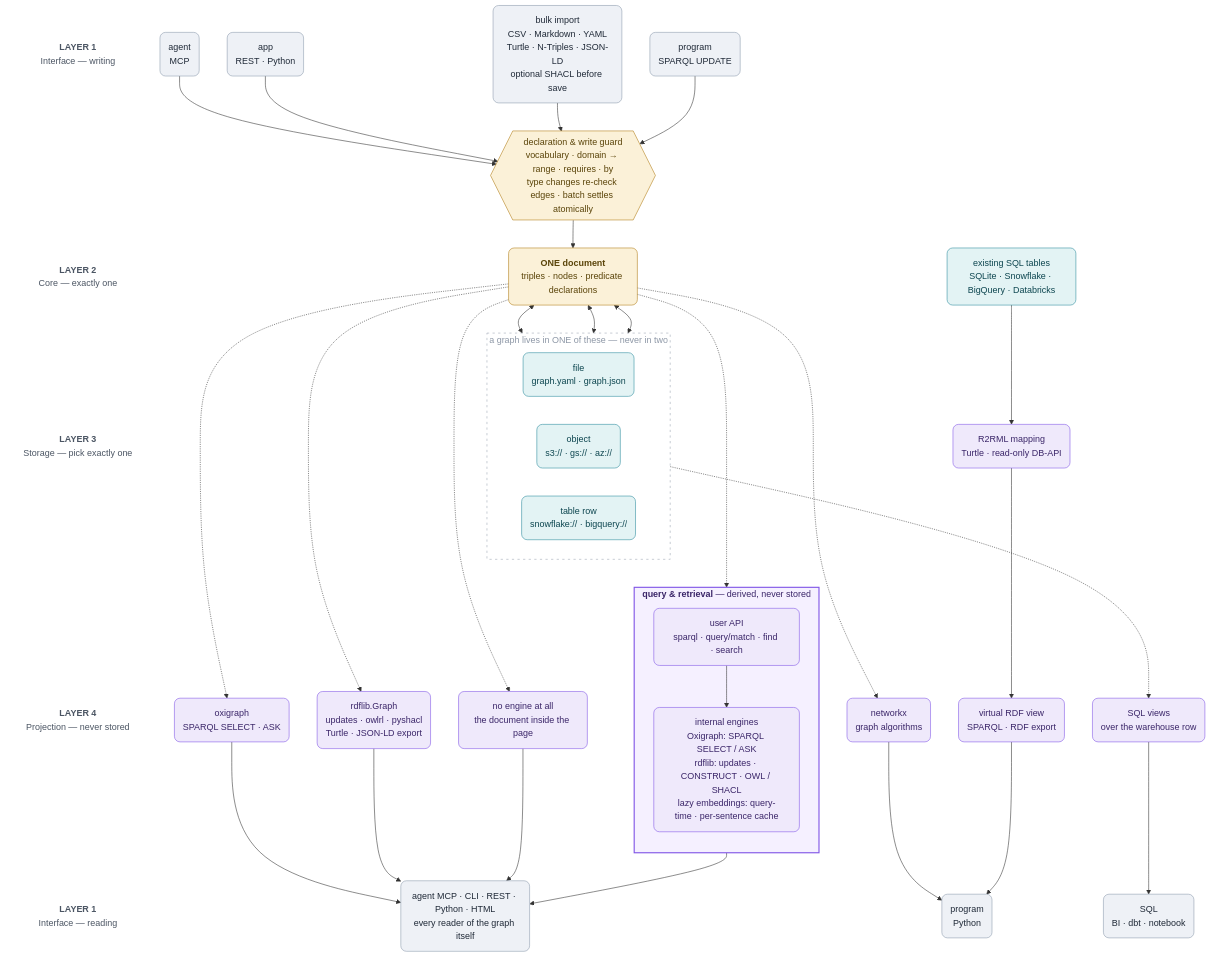
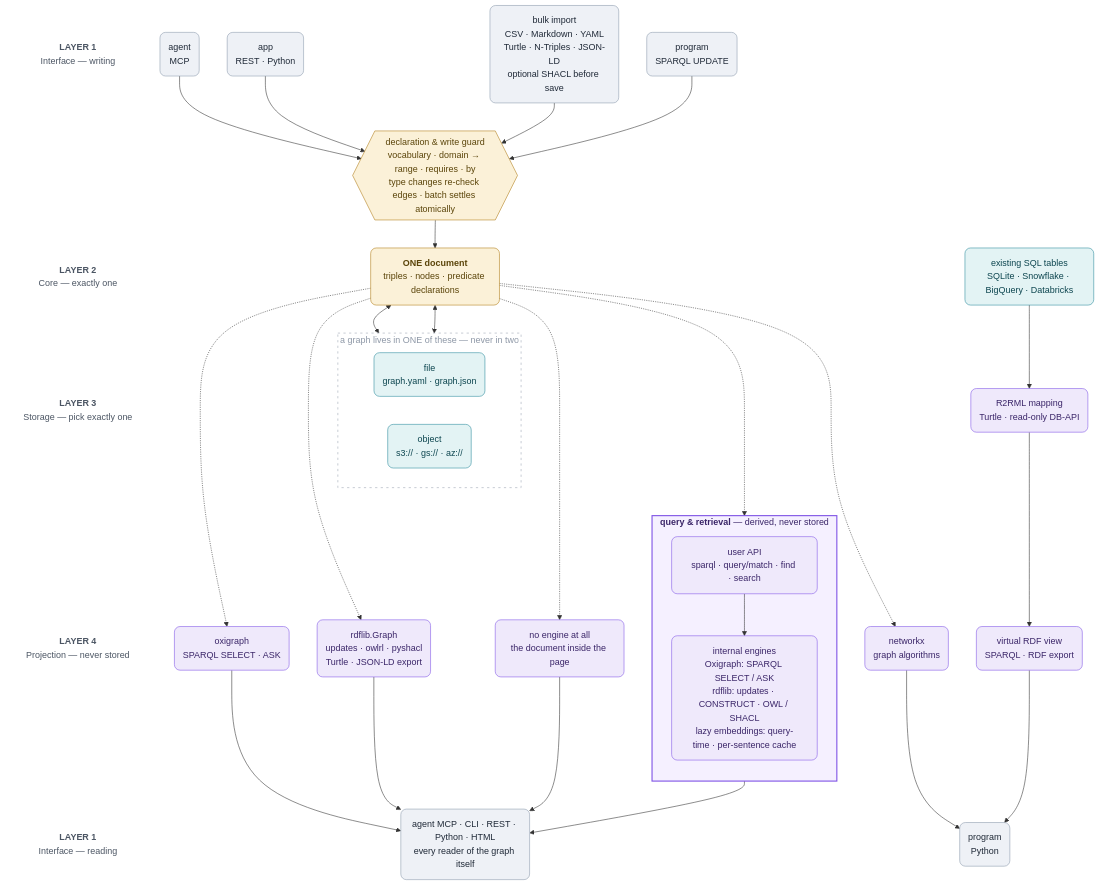
Before and after one commit to RyutoYoda/trikedb: the diagram in docs/ARCHITECTURE.md, drawn with Mermaid. The commit also changed other lines of this file and 53 other files, not shown here.

First line of the commit message:
Remove warehouse graph-document storage (#65)

````diff
--- a/docs/ARCHITECTURE.md
+++ b/docs/ARCHITECTURE.md
@@ -7,79 +7,72 @@
 ```mermaid
 flowchart TB
     LA["<b>LAYER 1</b><br/>Interface — writing"]
     LG[" "]
     LB["<b>LAYER 2</b><br/>Core — exactly one"]
     LC["<b>LAYER 3</b><br/>Storage — pick exactly one"]
     LD["<b>LAYER 4</b><br/>Projection — never stored"]
     LE["<b>LAYER 1</b><br/>Interface — reading"]
     LA ~~~ LG ~~~ LB ~~~ LC ~~~ LD ~~~ LE
 
     WA("agent<br/>MCP")
     WC("app<br/>REST · Python")
     WI("bulk import<br/>CSV · Markdown · YAML<br/>Turtle · N-Triples · JSON-LD<br/>optional SHACL before save")
     WP("program<br/>SPARQL UPDATE")
     G{{"declaration & write guard<br/>vocabulary · domain → range · requires · by<br/>type changes re-check edges · batch settles atomically"}}
     C("<b>ONE document</b><br/>triples · nodes · predicate declarations")
     subgraph pick["a graph lives in ONE of these — never in two"]
         direction LR
         SF("file<br/>graph.yaml · graph.json")
         SO("object<br/>s3:// · gs:// · az://")
-        SW("table row<br/>snowflake:// · bigquery://")
     end
     PO("oxigraph<br/>SPARQL SELECT · ASK")
     PR("rdflib.Graph<br/>updates · owlrl · pyshacl<br/>Turtle · JSON-LD export")
     PN("networkx<br/>graph algorithms")
-    PV("SQL views<br/>over the warehouse row")
     PD("no engine at all<br/>the document inside the page")
     subgraph query["<b>query & retrieval</b> — derived, never stored"]
         direction TB
         QAPI["user API<br/>sparql · query/match · find · search"]
         QENG["internal engines<br/>Oxigraph: SPARQL SELECT / ASK<br/>rdflib: updates · CONSTRUCT · OWL / SHACL<br/>lazy embeddings: query-time · per-sentence cache"]
         QAPI --> QENG
     end
     RQ("agent MCP · CLI · REST · Python · HTML<br/>every reader of the graph itself")
     RG("program<br/>Python")
-    RS("SQL<br/>BI · dbt · notebook")
     RT("existing SQL tables<br/>SQLite · Snowflake · BigQuery · Databricks")
     RM("R2RML mapping<br/>Turtle · read-only DB-API")
     RV("virtual RDF view<br/>SPARQL · RDF export")
 
     WA --> G
     WC --> G
     WI --> G
     WP --> G
     G --> C
     C <--> SF
     C <--> SO
-    C <--> SW
     SF ~~~ PO
     SF ~~~ PR
     SO ~~~ PN
-    SW -.-> PV
-    SW ~~~ PD
     C -.-> PO
     C -.-> PR
     C -.-> PN
     C -.-> PD
     C -.-> QAPI
     QENG --> RQ
     PO --> RQ
     PR --> RQ
     PN --> RG
-    PV --> RS
     PD --> RQ
     RT --> RM --> RV --> RG
 
     style pick fill:none,stroke:#9aa4b3,stroke-width:1px,stroke-dasharray:4 6,color:#8d97a6
     style query fill:#f5f0ff,stroke:#8055e6,stroke-width:2px,color:#3a2568
     classDef lbl fill:none,stroke:none,color:#4b5563
     classDef iface fill:#eef1f6,stroke:#8d9aad,color:#1f2937,rx:10,ry:10
     classDef core fill:#fbf1d8,stroke:#b07d17,color:#5a4409,rx:10,ry:10
     classDef store fill:#e3f3f4,stroke:#2b8a9c,color:#0c454f,rx:10,ry:10
     classDef proj fill:#efe9fb,stroke:#8055e6,color:#3a2568,rx:10,ry:10
     class LA,LG,LB,LC,LD,LE lbl
     class WA,WC,WI,WP,RQ,RG,RS iface
     class C,G core
-    class SF,SO,SW,RT store
-    class PO,PR,PN,PV,PD,QAPI,QENG,RM,RV proj
+    class SF,SO,RT store
+    class PO,PR,PN,PD,QAPI,QENG,RM,RV proj
 ```
````
